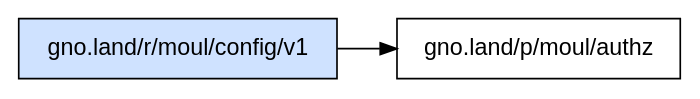
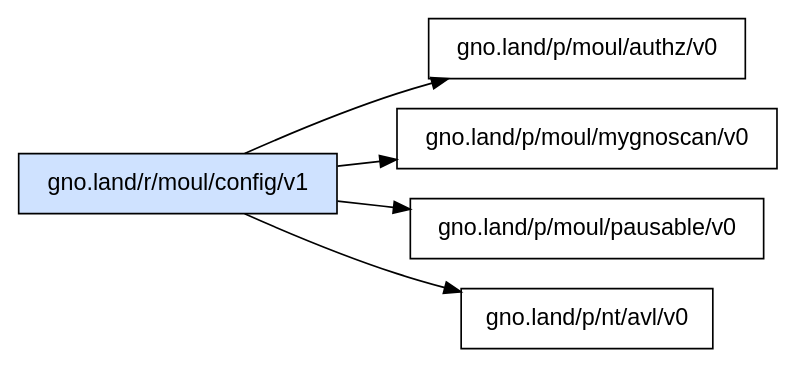
The diagram in _assets/gno.land/r/moul/config/v1/deps.dot (moul/gno-contracts), drawn with Graphviz before and after one commit. The commit also changed 22 other files, not shown here.

Commit message:
chore: regenerate catalog, graphs and on-chain status [skip ci]

```diff
--- a/_assets/gno.land/r/moul/config/v1/deps.dot
+++ b/_assets/gno.land/r/moul/config/v1/deps.dot
@@ -1,6 +1,9 @@
 digraph deps {
   rankdir=LR;
   node [shape=box, fontname="sans-serif"];
   "gno.land/r/moul/config/v1" [style=filled, fillcolor="#cfe2ff"];
-  "gno.land/r/moul/config/v1" -> "gno.land/p/moul/authz";
+  "gno.land/r/moul/config/v1" -> "gno.land/p/moul/authz/v0";
+  "gno.land/r/moul/config/v1" -> "gno.land/p/moul/mygnoscan/v0";
+  "gno.land/r/moul/config/v1" -> "gno.land/p/moul/pausable/v0";
+  "gno.land/r/moul/config/v1" -> "gno.land/p/nt/avl/v0";
 }
```
